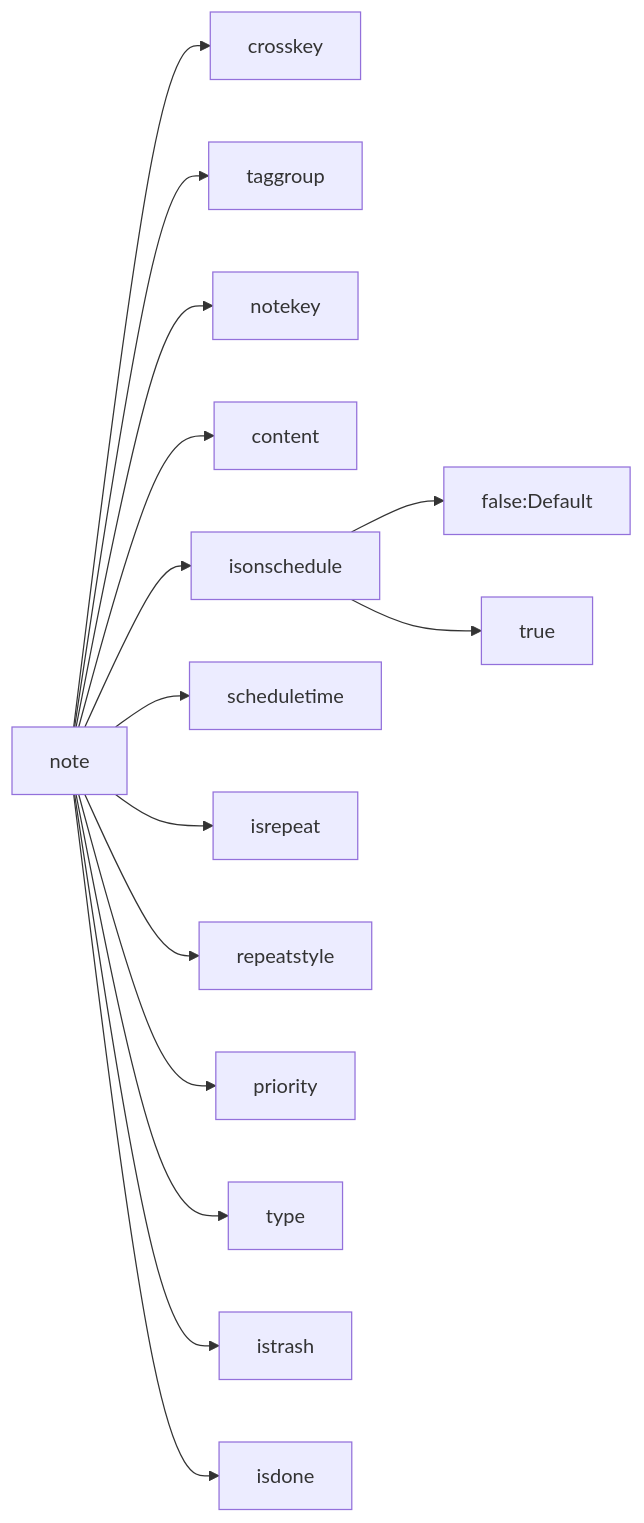
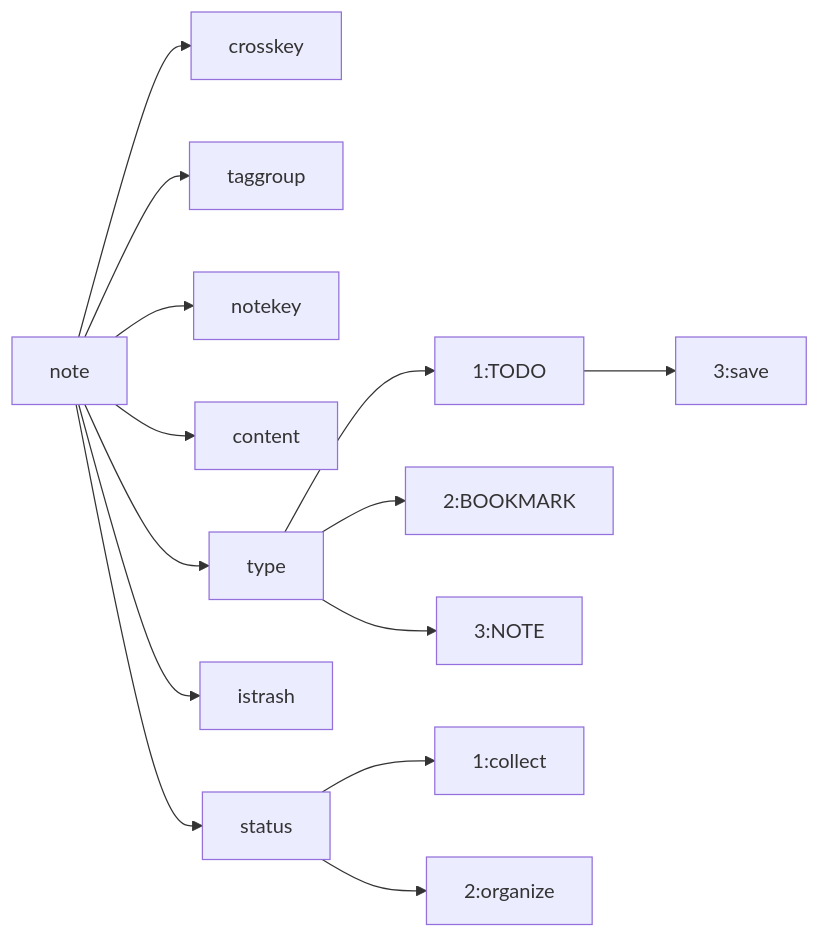
The second of 3 diagrams in README.md (Binge/api), drawn with Mermaid before and after one commit.

Commit message:
update MongoDB

````diff
--- a/README.md
+++ b/README.md
@@ -34,17 +34,16 @@
 ```mermaid
 flowchart LR
 A[note] --> B[crosskey]
 A --> C[taggroup]
 A --> D[notekey]
 A --> E[content]
-A --> F[isonschedule]
-A --> G[scheduletime]
-A --> H[isrepeat]
-A --> I[repeatstyle]
-A --> J[priority]
 A --> K[type]
 A --> L[istrash]
-A --> M[isdone]
-F --> N[false:Default]
-F --> O[true]
+A --> M[status]
+K --> N[1:TODO]
+K --> O[2:BOOKMARK]
+K --> P[3:NOTE]
+M --> R[1:collect]
+M --> S[2:organize]
+N --> T[3:save]
 ```
````
